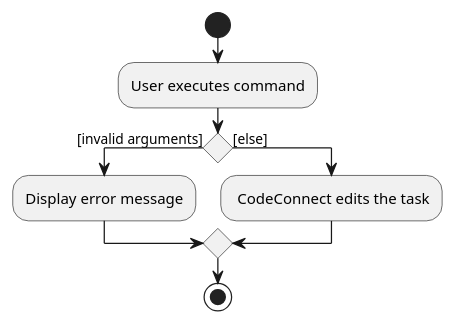
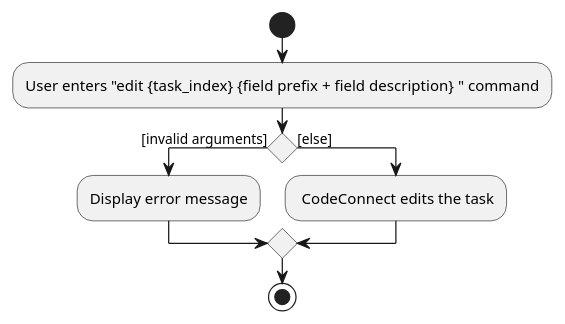
One commit to nus-cs2103-AY2223S1/tp changed the diagram in docs/diagrams/EditTaskActivityDiagram.puml. Above: the diagram before and after it, drawn with PlantUML. The commit also changed 448 other files, not shown here.

```diff
--- a/docs/diagrams/EditTaskActivityDiagram.puml
+++ b/docs/diagrams/EditTaskActivityDiagram.puml
@@ -1,15 +1,15 @@
 @startuml
 start
-:User executes command;
+:User enters "edit {task_index} {field prefix + field description} " command;
 
 'Since the beta syntax does not support placing the condition outside the
 'diamond we place it as the true branch instead.
 
 if () then ([invalid arguments])
     :Display error message;
 else ([else])
     : CodeConnect edits the task;
 endif
 
 stop
 @enduml
```
